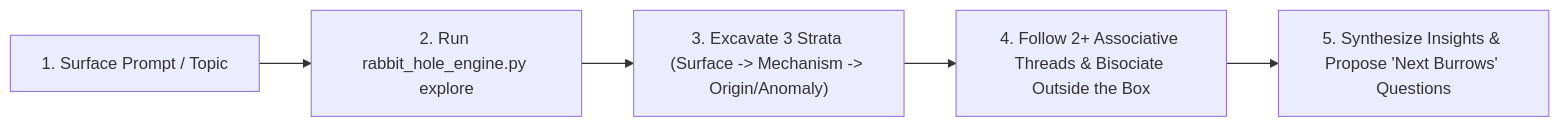
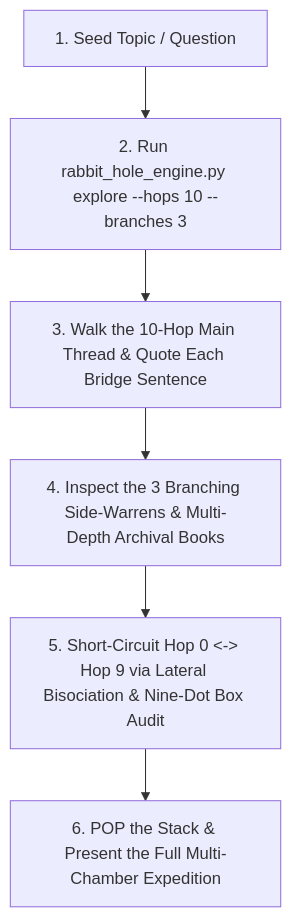
The diagram in SKILL.md (Beardedfreedom/rabbit-hole-curiosity), drawn with Mermaid before and after one commit. The commit also changed other lines of this file and 8 other files, not shown here.

Commit message:
Upgrade to v2.0 Long-Thread Burrower: 10+ sequential hops, verbatim bridge sentences, 3 branching side-warrens, and multi-depth archival book harvesting

````diff
--- a/SKILL.md
+++ b/SKILL.md
@@ -55,7 +56,8 @@
 ```mermaid
-flowchart LR
-    A["1. Surface Prompt / Topic"] --> B["2. Run rabbit_hole_engine.py explore"]
-    B --> C["3. Excavate 3 Strata (Surface -> Mechanism -> Origin/Anomaly)"]
-    C --> D["4. Follow 2+ Associative Threads & Bisociate Outside the Box"]
-    D --> E["5. Synthesize Insights & Propose 'Next Burrows' Questions"]
+flowchart TD
+    A["1. Seed Topic / Question"] --> B["2. Run rabbit_hole_engine.py explore --hops 10 --branches 3"]
+    B --> C["3. Walk the 10-Hop Main Thread & Quote Each Bridge Sentence"]
+    C --> D["4. Inspect the 3 Branching Side-Warrens & Multi-Depth Archival Books"]
+    D --> E["5. Short-Circuit Hop 0 <-> Hop 9 via Lateral Bisociation & Nine-Dot Box Audit"]
+    E --> F["6. POP the Stack & Present the Full Multi-Chamber Expedition"]
 ```
````
